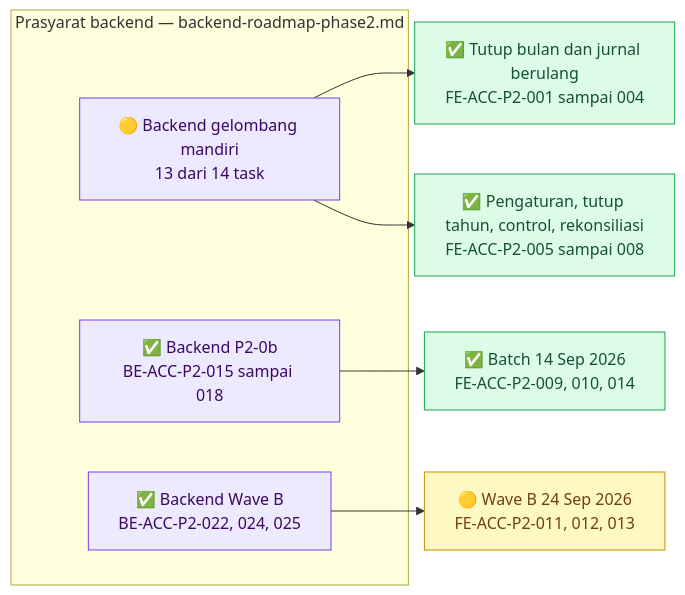
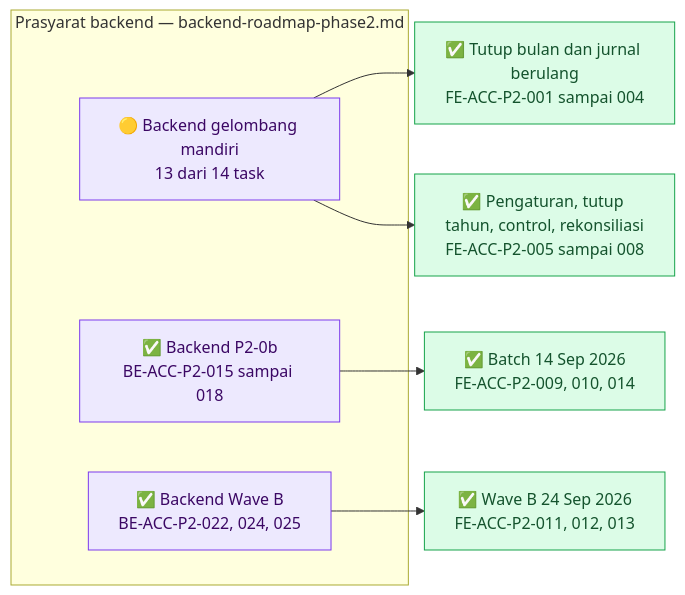
The first of 5 diagrams in docs/module-blueprints/accounting/roadmap/frontend-roadmap-phase2.md (DevBenari/NewQuilvianSystemBackend), drawn with Mermaid before and after one commit. The commit also changed other lines of this file and 8 other files, not shown here.

Commit message:
merubah status task menjadi selesai pada task BE-ACC-26

````diff
--- a/docs/module-blueprints/accounting/roadmap/frontend-roadmap-phase2.md
+++ b/docs/module-blueprints/accounting/roadmap/frontend-roadmap-phase2.md
@@ -41,24 +41,24 @@
 ```mermaid
 flowchart LR
     classDef selesai fill:#DCFCE7,stroke:#16A34A,color:#14532D
     classDef sebagian fill:#FEF9C3,stroke:#CA8A04,color:#713F12
     classDef terblokir fill:#FEE2E2,stroke:#DC2626,color:#7F1D1D
     classDef belum fill:#F1F5F9,stroke:#64748B,color:#0F172A
     classDef luar fill:#EDE9FE,stroke:#7C3AED,color:#3B0764
 
     subgraph backend["Prasyarat backend — backend-roadmap-phase2.md"]
         BMANDIRI["🟡 Backend gelombang mandiri<br/>13 dari 14 task"]:::luar
         BP20B["✅ Backend P2-0b<br/>BE-ACC-P2-015 sampai 018"]:::luar
         BWAVEB["✅ Backend Wave B<br/>BE-ACC-P2-022, 024, 025"]:::luar
     end
 
     FTUTUP["✅ Tutup bulan dan jurnal berulang<br/>FE-ACC-P2-001 sampai 004"]:::selesai
     FLAIN["✅ Pengaturan, tutup tahun, control, rekonsiliasi<br/>FE-ACC-P2-005 sampai 008"]:::selesai
     FBATCH["✅ Batch 14 Sep 2026<br/>FE-ACC-P2-009, 010, 014"]:::selesai
-    FWAVEB["🟡 Wave B 24 Sep 2026<br/>FE-ACC-P2-011, 012, 013"]:::sebagian
+    FWAVEB["✅ Wave B 24 Sep 2026<br/>FE-ACC-P2-011, 012, 013"]:::selesai
 
     BMANDIRI --> FTUTUP
     BMANDIRI --> FLAIN
     BP20B --> FBATCH
     BWAVEB --> FWAVEB
 ```
````
